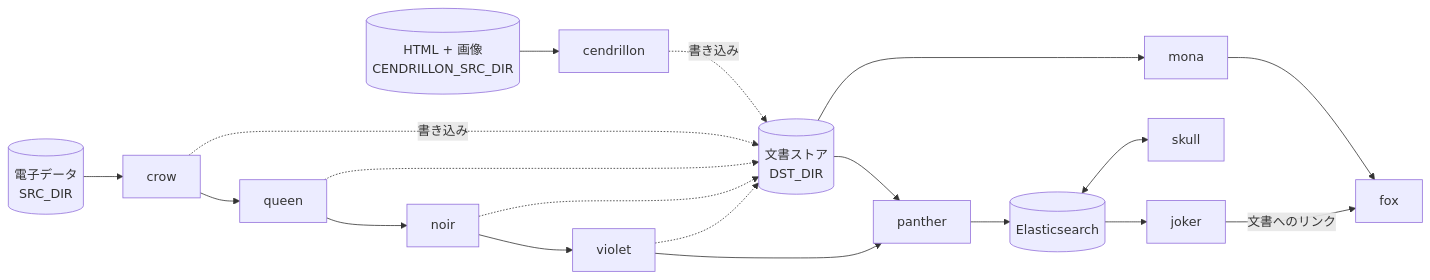
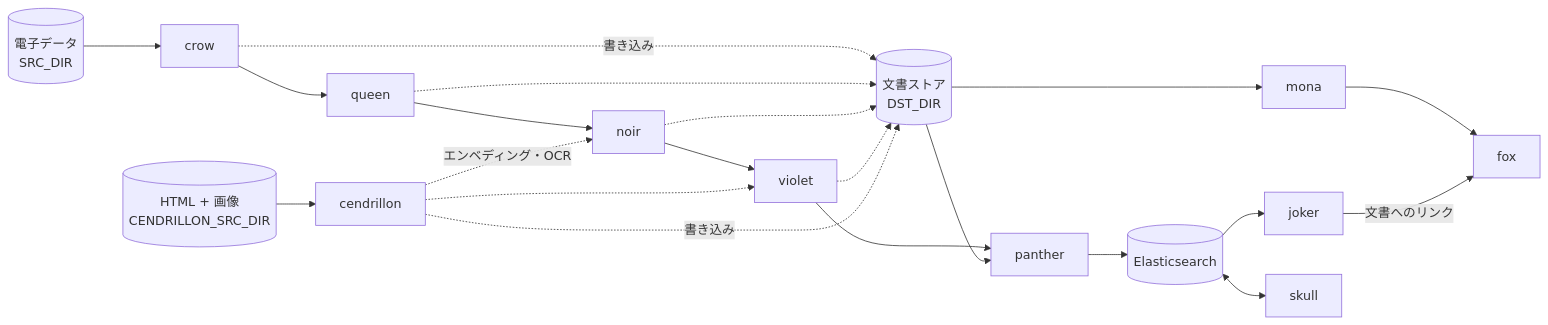
Before and after one commit to hyperion13th144m/phantom-release: the diagram in README.md, drawn with Mermaid. The commit also changed other lines of this file and 7 other files, not shown here.

````diff
--- a/README.md
+++ b/README.md
@@ -25,17 +25,19 @@
 ```mermaid
 flowchart LR
     SRC[("電子データ<br/>SRC_DIR")] --> crow
     HTMLSRC[("HTML + 画像<br/>CENDRILLON_SRC_DIR")] --> cendrillon
     crow --> queen --> noir --> violet --> panther --> ES[("Elasticsearch")]
     crow -. 書き込み .-> STORE[("文書ストア<br/>DST_DIR")]
     queen -.-> STORE
     noir -.-> STORE
     violet -.-> STORE
     cendrillon -. 書き込み .-> STORE
+    cendrillon -. エンベディング・OCR .-> noir
+    cendrillon -.-> violet
     STORE --> panther
     STORE --> mona
     ES --> joker
     ES <--> skull
     mona --> fox
     joker -->|文書へのリンク| fox
 ```
````
